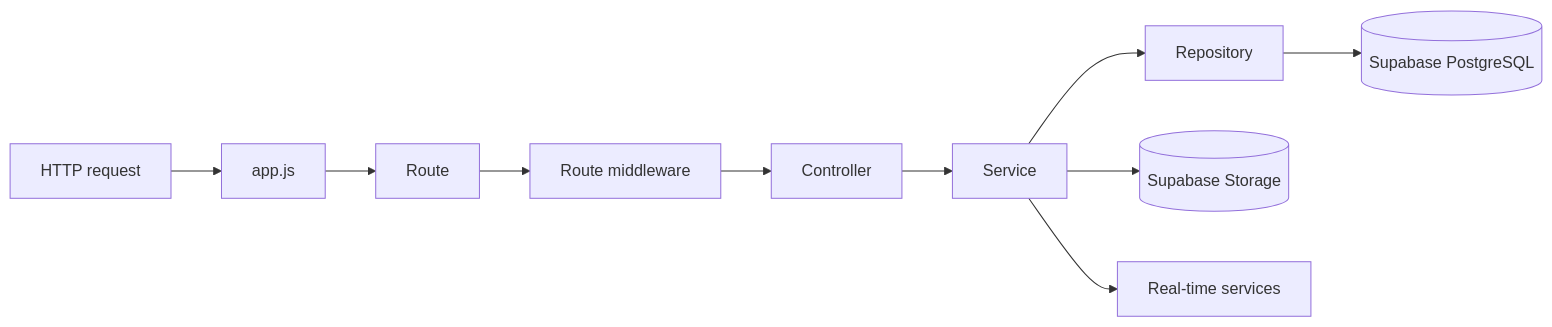
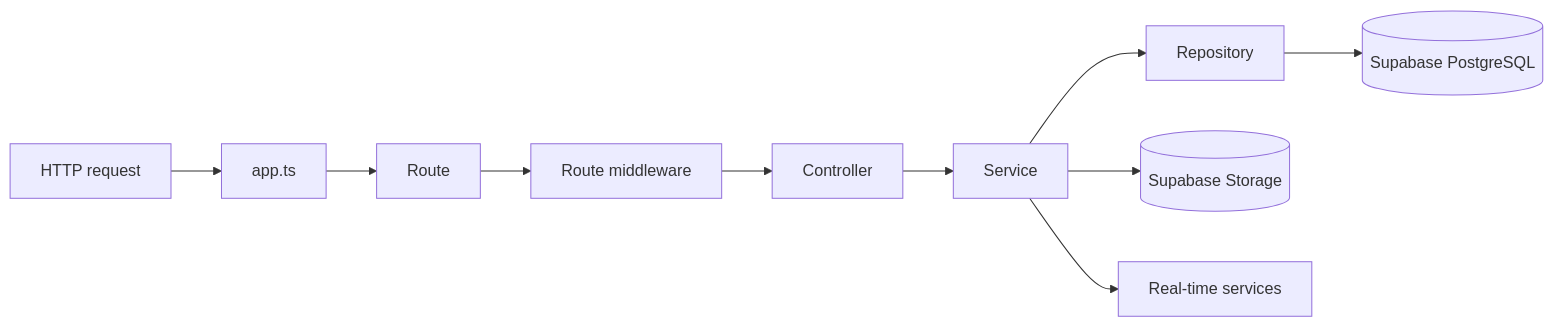
One commit to COPPSARY/aXentra changed the first of 2 diagrams in backend/ONBOARDING.md. Above: the diagram before and after it, drawn with Mermaid. The commit also changed other lines of this file and 386 other files, not shown here.

````diff
--- a/backend/ONBOARDING.md
+++ b/backend/ONBOARDING.md
@@ -104,12 +105,12 @@
 ```mermaid
 flowchart LR
-    Request[HTTP request] --> App[app.js]
+    Request[HTTP request] --> App[app.ts]
     App --> Route[Route]
     Route --> Middleware[Route middleware]
     Middleware --> Controller[Controller]
     Controller --> Service[Service]
     Service --> Repository[Repository]
     Repository --> Database[(Supabase PostgreSQL)]
     Service --> Storage[(Supabase Storage)]
     Service --> Events[Real-time services]
 ```
````
